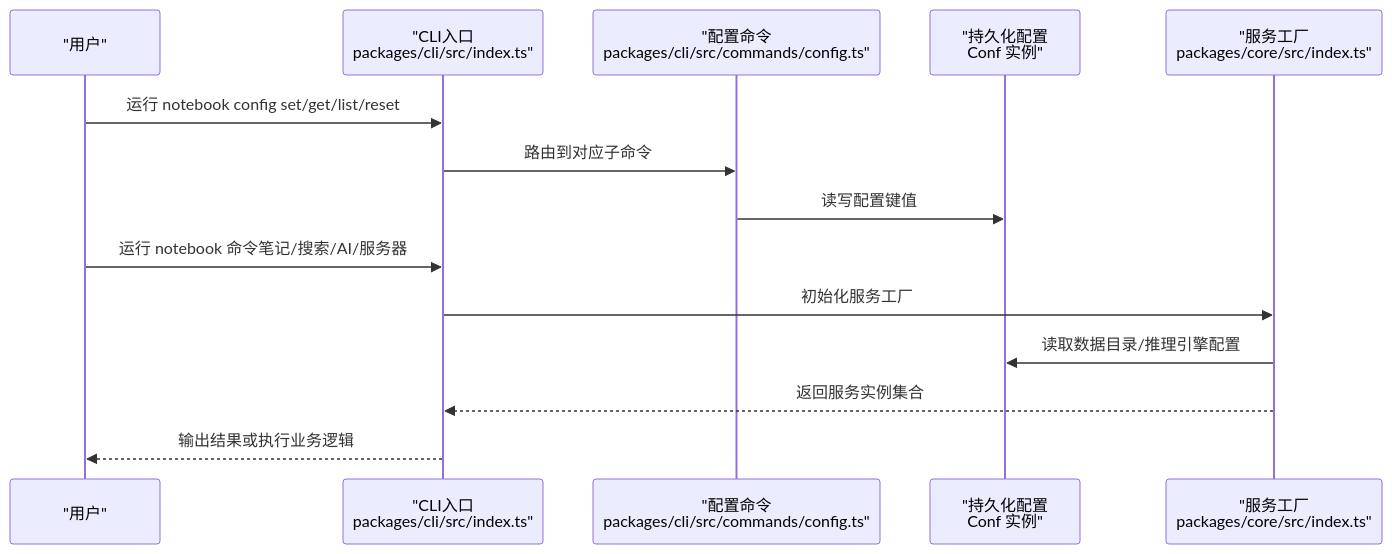
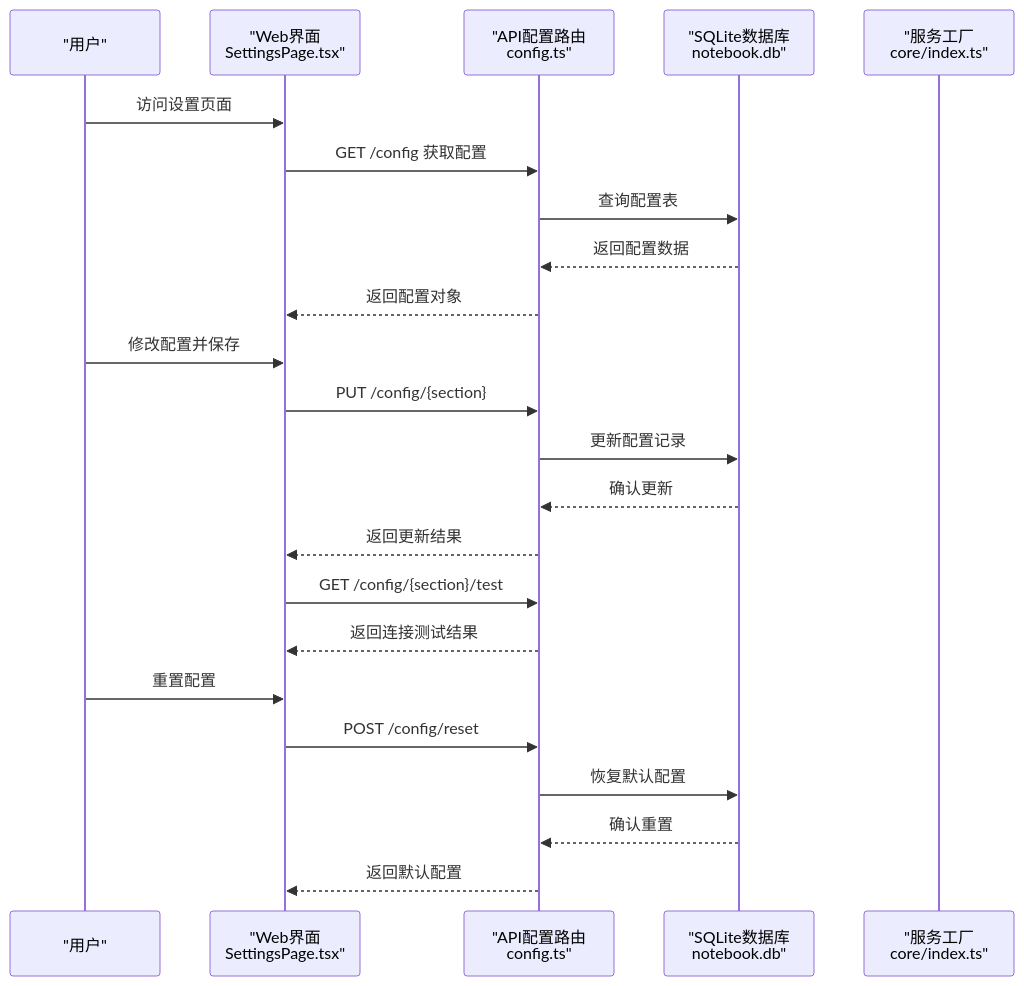
The second of 2 diagrams in .qoder/repowiki/zh/content/配置与定制.md (acproject/tomato_notebook), drawn with Mermaid before and after one commit. The commit also changed other lines of this file and 14 other files, not shown here.

````diff
--- a/.qoder/repowiki/zh/content/配置与定制.md
+++ b/.qoder/repowiki/zh/content/配置与定制.md
@@ -77,16 +97,25 @@
 ```mermaid
 sequenceDiagram
 participant U as "用户"
-participant CLI as "CLI入口<br/>packages/cli/src/index.ts"
-participant CFG as "配置命令<br/>packages/cli/src/commands/config.ts"
-participant CONF as "持久化配置<br/>Conf 实例"
-participant SVC as "服务工厂<br/>packages/core/src/index.ts"
-U->>CLI : 运行 notebook config set/get/list/reset
-CLI->>CFG : 路由到对应子命令
-CFG->>CONF : 读写配置键值
-U->>CLI : 运行 notebook 命令笔记/搜索/AI/服务器
-CLI->>SVC : 初始化服务工厂
-SVC->>CONF : 读取数据目录/推理引擎配置
-SVC-->>CLI : 返回服务实例集合
-CLI-->>U : 输出结果或执行业务逻辑
+participant WEB as "Web界面<br/>SettingsPage.tsx"
+participant API as "API配置路由<br/>config.ts"
+participant DB as "SQLite数据库<br/>notebook.db"
+participant CORE as "服务工厂<br/>core/index.ts"
+U->>WEB : 访问设置页面
+WEB->>API : GET /config 获取配置
+API->>DB : 查询配置表
+DB-->>API : 返回配置数据
+API-->>WEB : 返回配置对象
+U->>WEB : 修改配置并保存
+WEB->>API : PUT /config/{section}
+API->>DB : 更新配置记录
+DB-->>API : 确认更新
+API-->>WEB : 返回更新结果
+WEB->>API : GET /config/{section}/test
+API-->>WEB : 返回连接测试结果
+U->>WEB : 重置配置
+WEB->>API : POST /config/reset
+API->>DB : 恢复默认配置
+DB-->>API : 确认重置
+API-->>WEB : 返回默认配置
 ```
````
